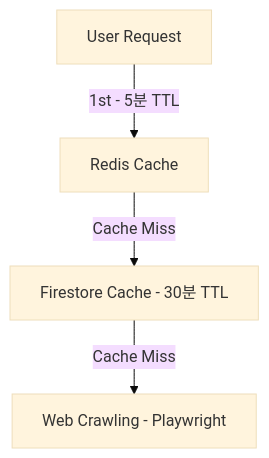
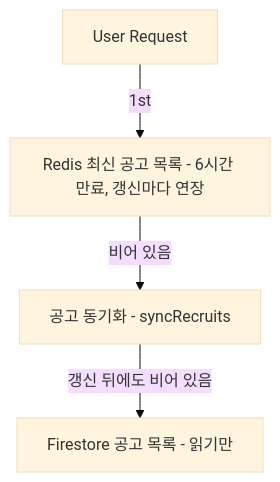
The third of 3 diagrams in .claude/docs/ARCHITECTURE.md (jscht/sria-notify-discord), drawn with Mermaid (base theme) before and after one commit. The commit also changed other lines of this file and 142 other files, not shown here.

````diff
--- a/.claude/docs/ARCHITECTURE.md
+++ b/.claude/docs/ARCHITECTURE.md
@@ -178,6 +178,6 @@
 ```mermaid
 graph TD
-    Req[User Request] -->|1st - 5분 TTL| Redis[Redis Cache]
-    Redis -->|Cache Miss| FS[Firestore Cache - 30분 TTL]
-    FS -->|Cache Miss| Crawl[Web Crawling - Playwright]
+    Req[User Request] -->|1st| Redis[Redis 최신 공고 목록 - 6시간 만료, 갱신마다 연장]
+    Redis -->|비어 있음| Sync[공고 동기화 - syncRecruits]
+    Sync -->|갱신 뒤에도 비어 있음| FS[Firestore 공고 목록 - 읽기만]
 ```
````
